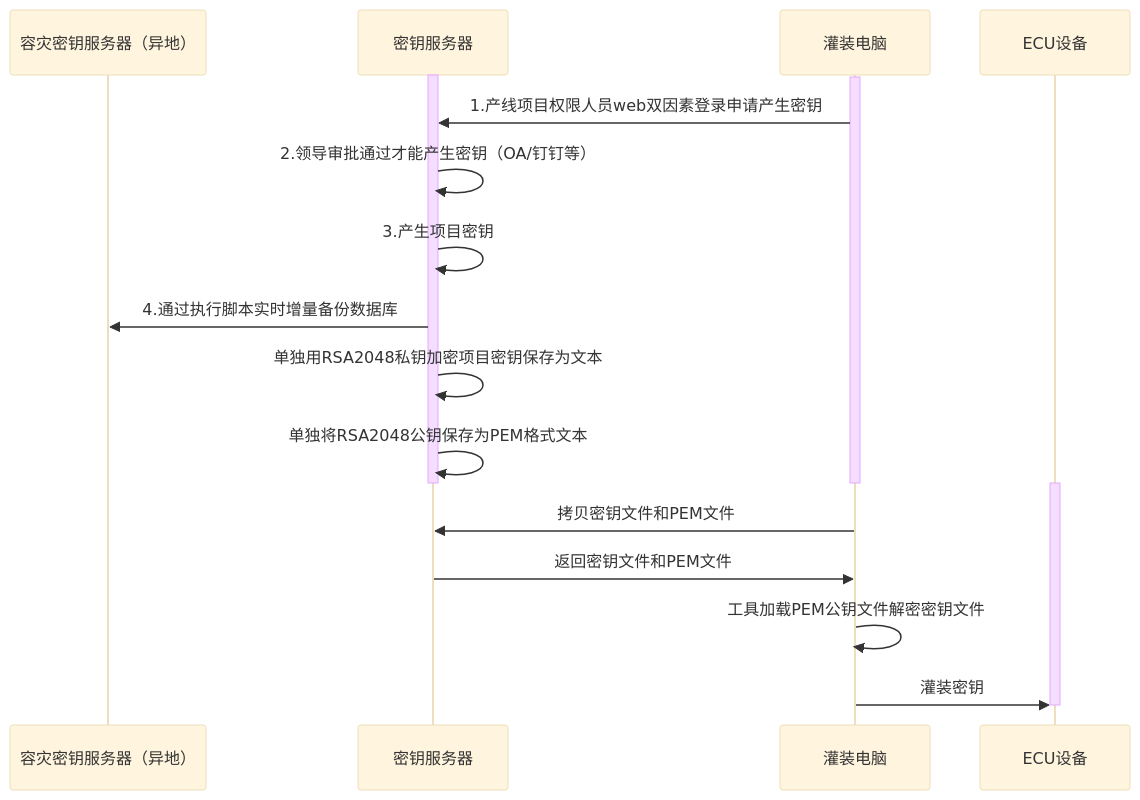
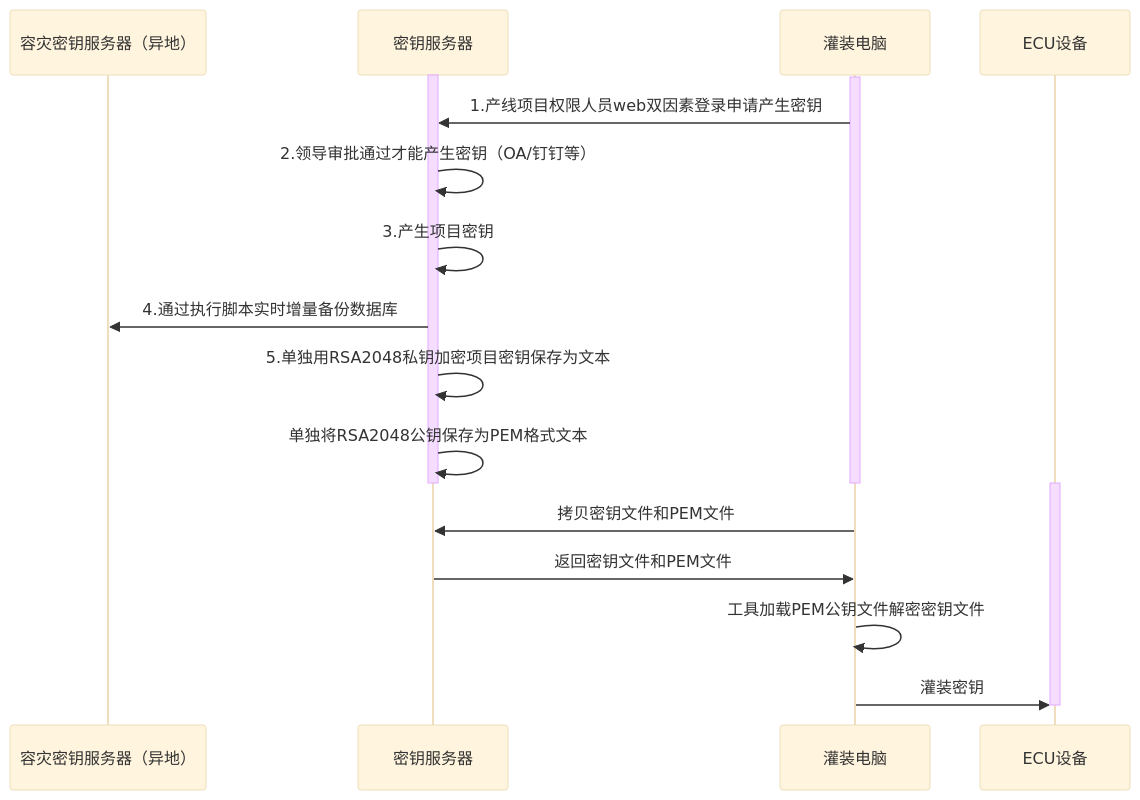
The diagram in all/未命名-15.md (facebook-cloud/iodraw-files), drawn with Mermaid (base theme) before and after one commit.

Commit message:
2026-02-11 19:42:31 update

````diff
--- a/all/未命名-15.md
+++ b/all/未命名-15.md
@@ -1,27 +1,26 @@
 ```mermaid
 sequenceDiagram
     participant A as 容灾密钥服务器（异地）
     participant B as 密钥服务器
     participant D as 灌装电脑
     participant E as ECU设备
 
     activate B
     activate D
     D->>B: 1.产线项目权限人员web双因素登录申请产生密钥
     B->>B: 2.领导审批通过才能产生密钥（OA/钉钉等）
     B->>B: 3.产生项目密钥
     B->>A: 4.通过执行脚本实时增量备份数据库
-
-    B->>B: 单独用RSA2048私钥加密项目密钥保存为文本
+    B->>B: 5.单独用RSA2048私钥加密项目密钥保存为文本
     B->>B: 单独将RSA2048公钥保存为PEM格式文本
     deactivate B
     deactivate D
 
     activate E
     D->>B: 拷贝密钥文件和PEM文件
     B->>D: 返回密钥文件和PEM文件
     D->>D:工具加载PEM公钥文件解密密钥文件
     D->>E: 灌装密钥
     deactivate E
 
 ```
````
